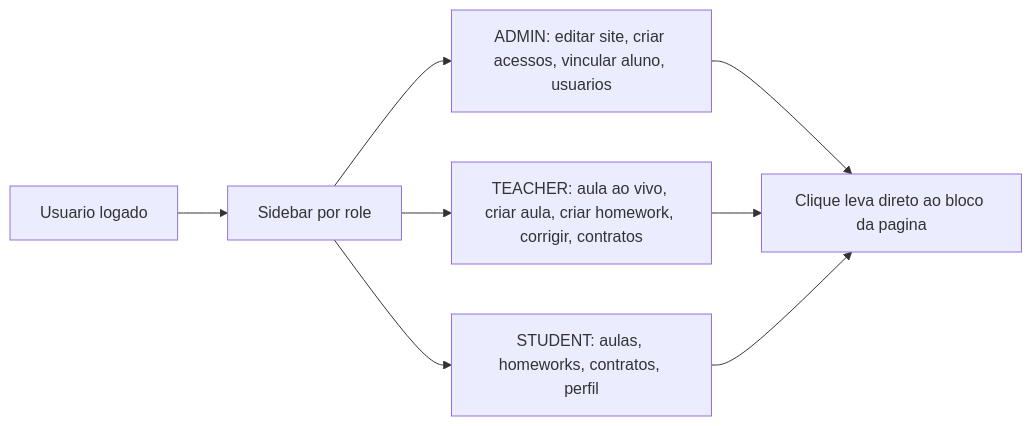
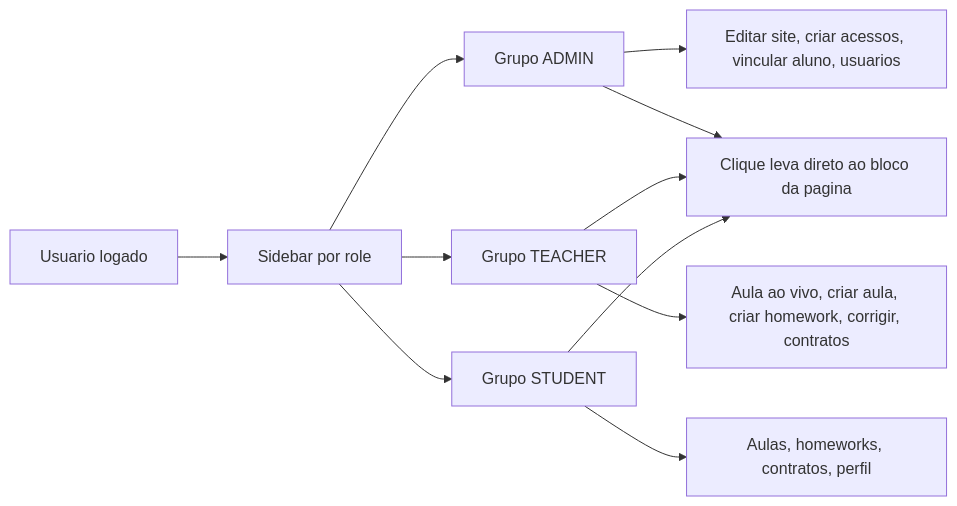
One commit to WilliYY/Candy-English changed the seventh of 7 diagrams in docs/fluxos-ava.md. Above: the diagram before and after it, drawn with Mermaid. The commit also changed other lines of this file and 4 other files, not shown here.

````diff
--- a/docs/fluxos-ava.md
+++ b/docs/fluxos-ava.md
@@ -141,10 +141,13 @@
 ```mermaid
 flowchart LR
   A["Usuario logado"] --> B["Sidebar por role"]
-  B --> C["ADMIN: editar site, criar acessos, vincular aluno, usuarios"]
-  B --> D["TEACHER: aula ao vivo, criar aula, criar homework, corrigir, contratos"]
-  B --> E["STUDENT: aulas, homeworks, contratos, perfil"]
+  B --> C["Grupo ADMIN"]
+  B --> D["Grupo TEACHER"]
+  B --> E["Grupo STUDENT"]
+  C --> C1["Editar site, criar acessos, vincular aluno, usuarios"]
+  D --> D1["Aula ao vivo, criar aula, criar homework, corrigir, contratos"]
+  E --> E1["Aulas, homeworks, contratos, perfil"]
   C --> F["Clique leva direto ao bloco da pagina"]
   D --> F
   E --> F
 ```
````
